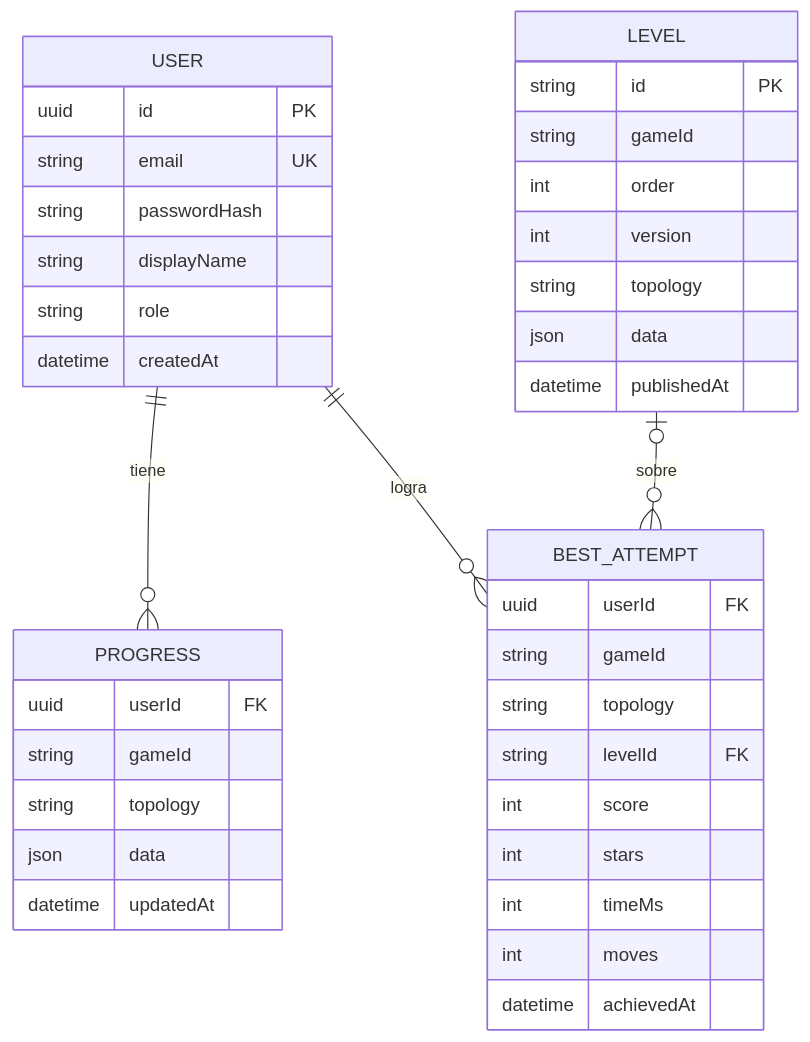
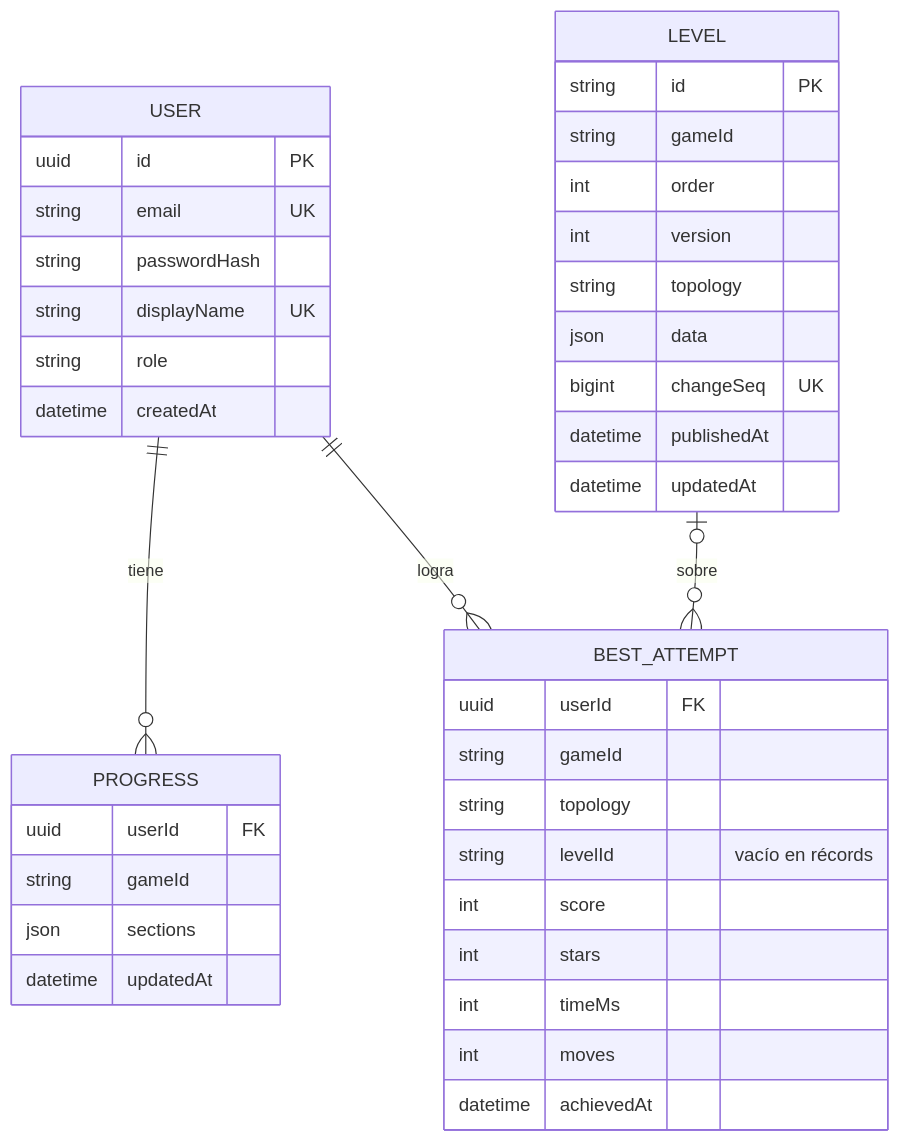
One commit to DanielHaro28/hexablock-api changed the fourth of 4 diagrams in docs/architecture/ARQ-01-API-GENERAL.md. Above: the diagram before and after it, drawn with Mermaid. The commit also changed other lines of this file and 37 other files, not shown here.

First line of the commit message:
docs(contracts): add openapi contract, json schemas and data models (#5)

````diff
--- a/docs/architecture/ARQ-01-API-GENERAL.md
+++ b/docs/architecture/ARQ-01-API-GENERAL.md
@@ -154,41 +154,42 @@
 ```mermaid
 erDiagram
     USER ||--o{ PROGRESS : tiene
     USER ||--o{ BEST_ATTEMPT : logra
     LEVEL |o--o{ BEST_ATTEMPT : sobre
     USER {
         uuid id PK
         string email UK
         string passwordHash
-        string displayName
+        string displayName UK
         string role
         datetime createdAt
     }
     PROGRESS {
         uuid userId FK
         string gameId
-        string topology
-        json data
+        json sections
         datetime updatedAt
     }
     BEST_ATTEMPT {
         uuid userId FK
         string gameId
         string topology
-        string levelId FK
+        string levelId "vacío en récords"
         int score
         int stars
         int timeMs
         int moves
         datetime achievedAt
     }
     LEVEL {
         string id PK
         string gameId
         int order
         int version
         string topology
         json data
+        bigint changeSeq UK
         datetime publishedAt
+        datetime updatedAt
     }
 ```
````
